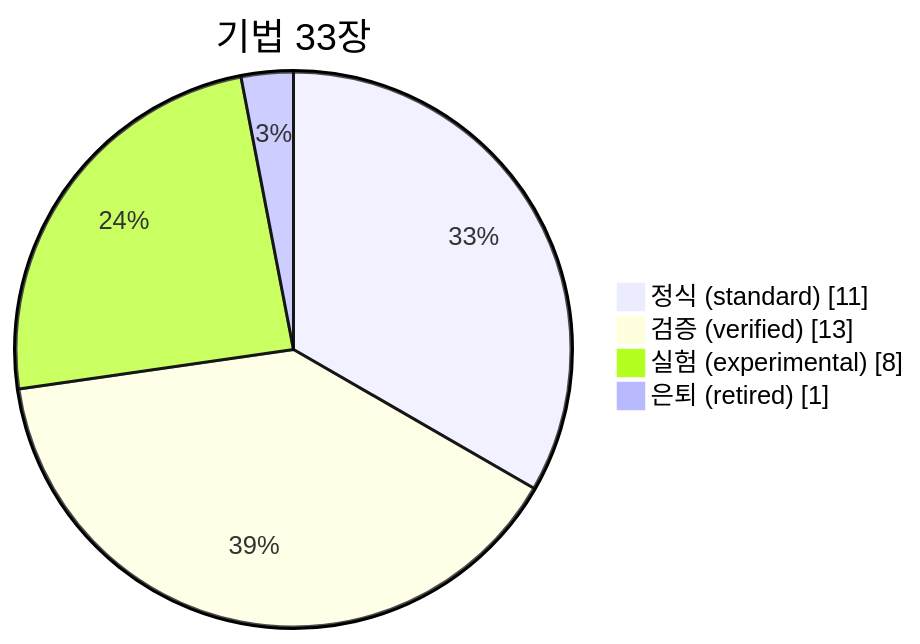
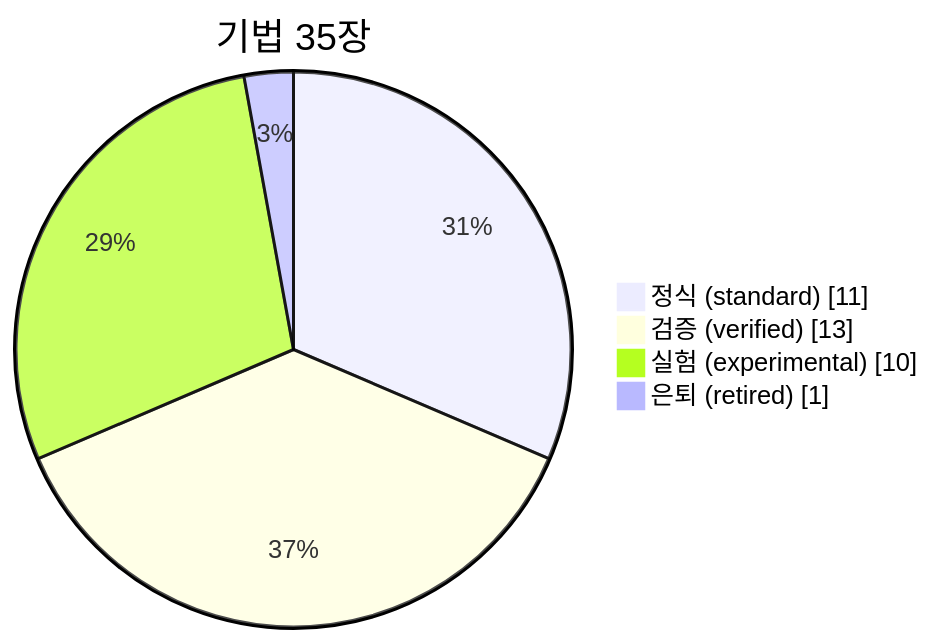
One commit to csbakk/clone-kb changed the diagram in README.md. Above: the diagram before and after it, drawn with Mermaid. The commit also changed other lines of this file and 3 other files, not shown here.

````diff
--- a/README.md
+++ b/README.md
@@ -29,8 +29,8 @@
 ```mermaid
 pie showData
-    title 기법 33장
+    title 기법 35장
     "정식 (standard)" : 11
     "검증 (verified)" : 13
-    "실험 (experimental)" : 8
+    "실험 (experimental)" : 10
     "은퇴 (retired)" : 1
 ```
````
